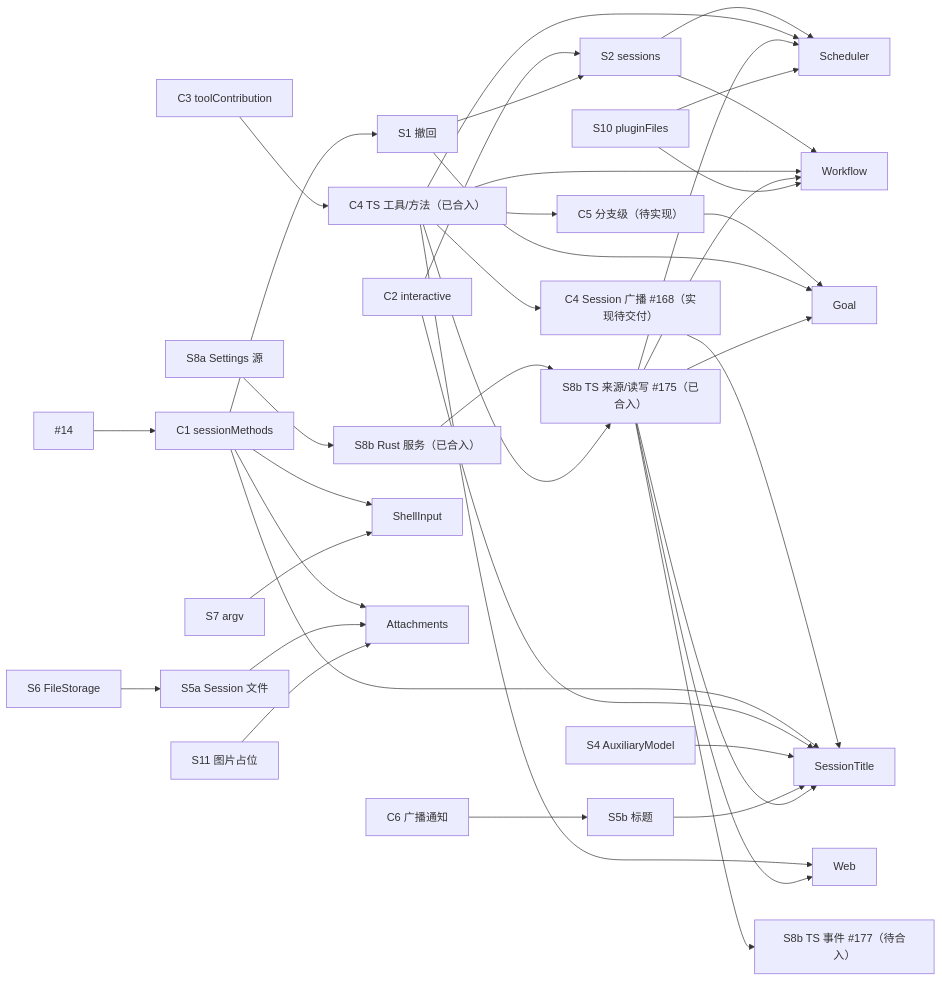
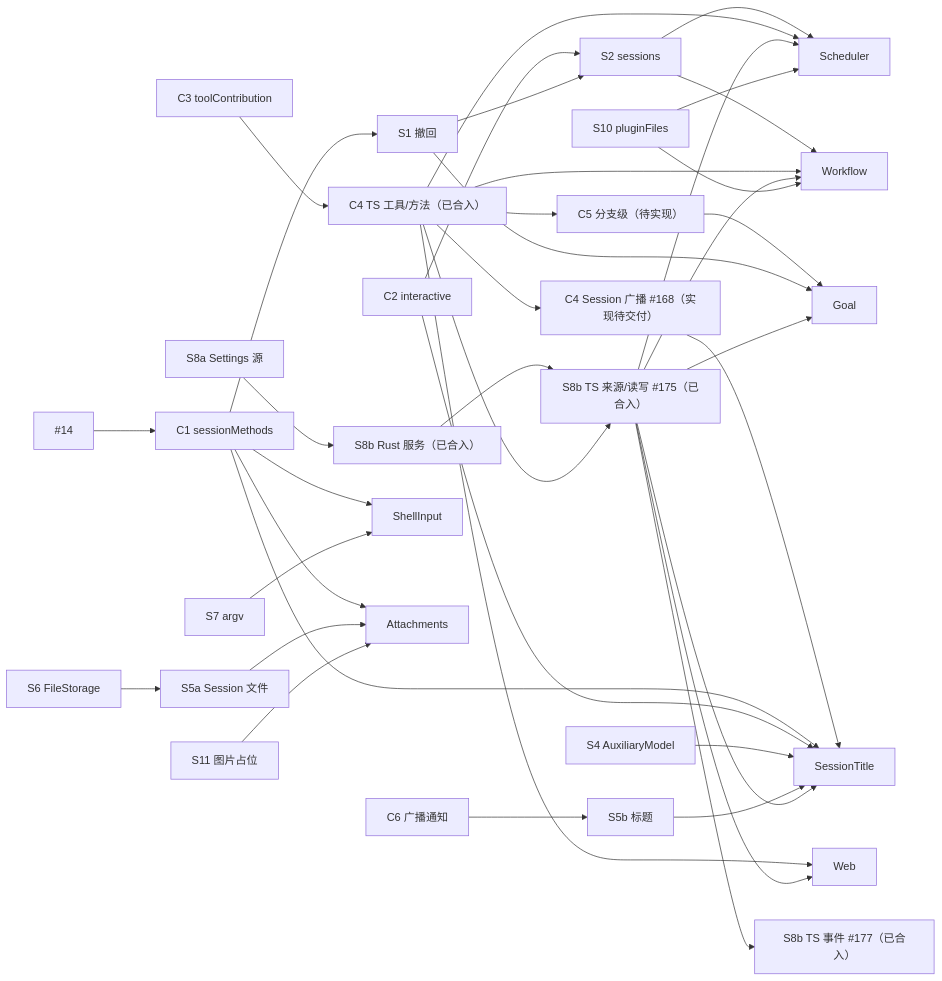
The diagram in docs/design/roadmap.md (CoutinhoTTS/dim-agent), drawn with Mermaid before and after one commit. The commit also changed other lines of this file, not shown here.

Commit message:
docs: sync roadmap after Settings events and design merges

````diff
--- a/docs/design/roadmap.md
+++ b/docs/design/roadmap.md
@@ -174,38 +174,38 @@
 ```mermaid
 flowchart LR
   PR14["#14"] --> C1["C1 sessionMethods"]
   C3["C3 toolContribution"] --> C4["C4 TS 工具/方法（已合入）"] --> C5["C5 分支级（待实现）"]
   C1 --> S1["S1 撤回"]
   C2["C2 interactive"] --> S2["S2 sessions"]
   S1 --> S2
   C6["C6 广播通知"] --> S5b["S5b 标题"]
   S6["S6 FileStorage"] --> S5a["S5a Session 文件"]
 
   C1 --> SH["ShellInput"]
   S7["S7 argv"] --> SH
   C1 --> AT["Attachments"]
   S5a --> AT
   S11["S11 图片占位"] --> AT
   C4 --> WEB["Web"]
   S8a["S8a Settings 源"] --> S8bRust["S8b Rust 服务（已合入）"] --> S8b["S8b TS 来源/读写 #175（已合入）"]
   C4 --> S8b
-  S8b --> S8bEvents["S8b TS 事件 #177（待合入）"]
+  S8b --> S8bEvents["S8b TS 事件 #177（已合入）"]
   S8b --> WEB
   C4 --> Broadcast["C4 Session 广播 #168（实现待交付）"] --> ST["SessionTitle"]
   C1 --> ST
   C2 --> ST
   S4["S4 AuxiliaryModel"] --> ST
   S5b --> ST
   S8b --> ST
   C5 --> GO["Goal"]
   S1 --> GO
   S8b --> GO
   S2 --> SC["Scheduler"]
   S2 --> WF["Workflow"]
   C4 --> SC
   C4 --> WF
   S8b --> SC
   S8b --> WF
   S10["S10 pluginFiles"] --> SC
   S10 --> WF
 ```
````
